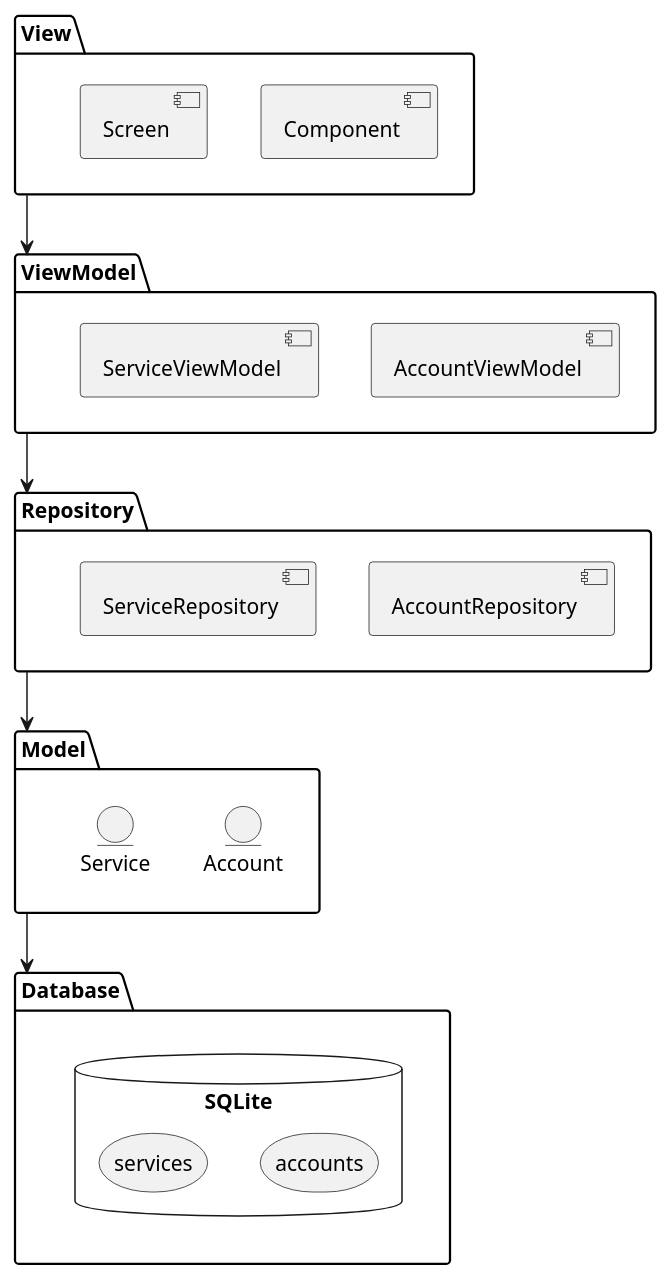
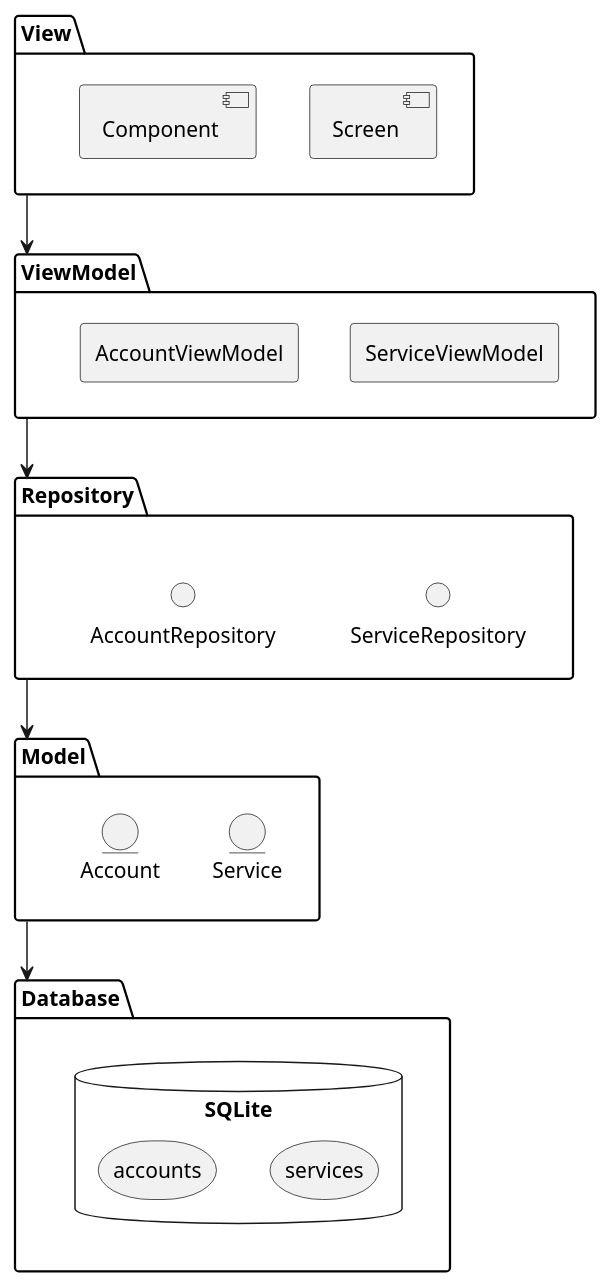
Before and after one commit to blendthink/honpass: the diagram in uml/architecture.puml, drawn with PlantUML.

Commit message:
使用する修飾子を調整

```diff
--- a/uml/architecture.puml
+++ b/uml/architecture.puml
@@ -1,45 +1,35 @@
 @startuml
 
 package View {
     component Screen
     component Component
-
-    Screen -[Hidden]ri- Component
 }
 
 package ViewModel {
-    component ServiceViewModel
-    component AccountViewModel
-
-    ServiceViewModel -[Hidden]ri- AccountViewModel
+    agent ServiceViewModel
+    agent AccountViewModel
 }
 
 package Repository {
-    component ServiceRepository
-    component AccountRepository
-
-    ServiceRepository -[Hidden]ri- AccountRepository
+    interface ServiceRepository
+    interface AccountRepository
 }
 
 package Model {
     entity Service
     entity Account
-    
-    Service -[Hidden]ri- Account
 }
 
 package Database {
     database SQLite {
         storage services
         storage accounts
-
-        services -[Hidden]ri- accounts
     }
 }
 
 View --> ViewModel
 ViewModel --> Repository
 Repository --> Model
 Model --> Database
 
 @enduml
```
